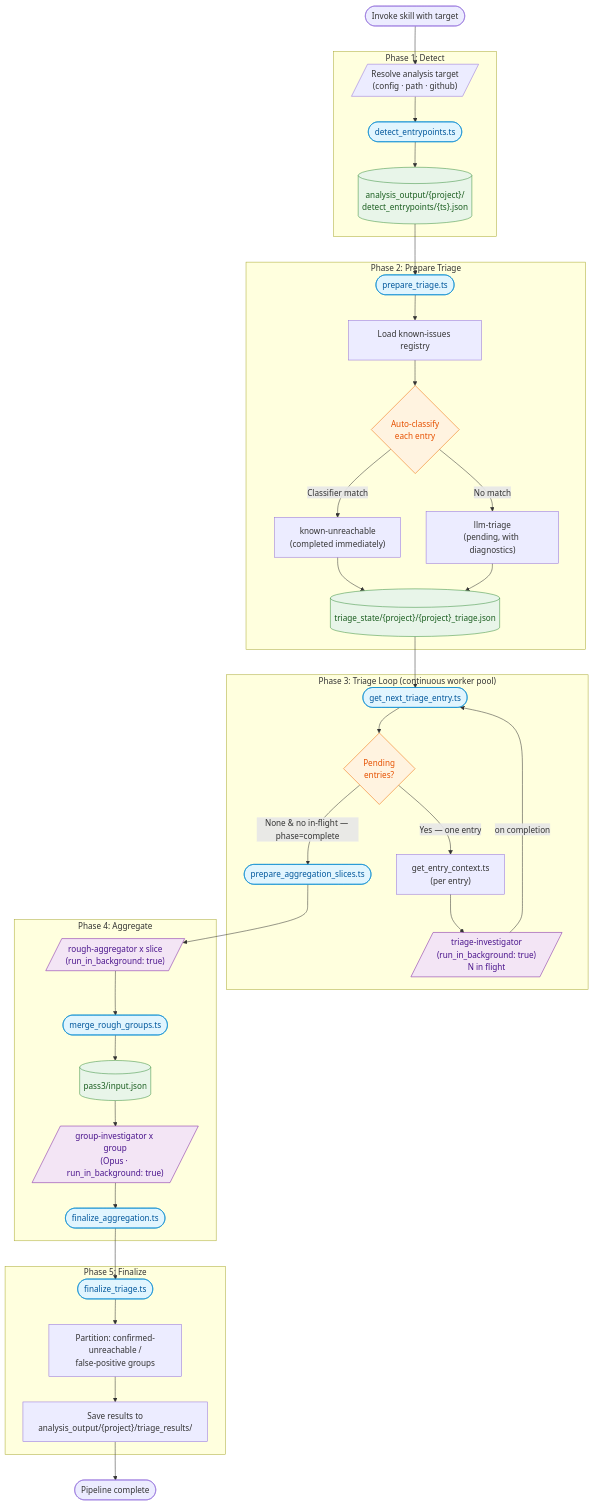
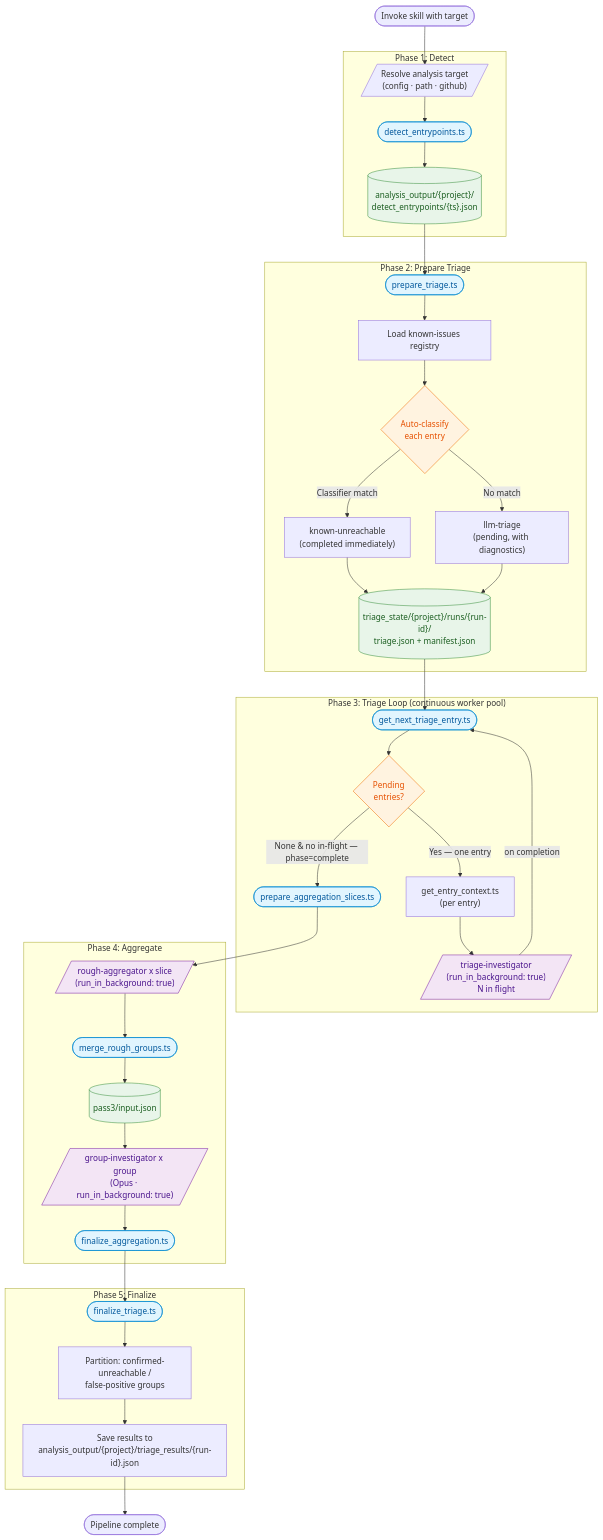
The diagram in .claude/skills/self-repair-pipeline/README.md (CRJFisher/ariadne), drawn with Mermaid before and after one commit. The commit also changed other lines of this file and 49 other files, not shown here.

````diff
--- a/.claude/skills/self-repair-pipeline/README.md
+++ b/.claude/skills/self-repair-pipeline/README.md
@@ -9,67 +11,67 @@
 ```mermaid
 flowchart TD
     START(["Invoke skill with target"]) --> RESOLVE
 
     %% ── Phase 1: Detect ─────────────────────────────────────
     subgraph P1["Phase 1: Detect"]
         RESOLVE[/"Resolve analysis target<br/>(config · path · github)"/]
         RESOLVE --> DETECT(["detect_entrypoints.ts"])
         DETECT --> ANALYSIS[("analysis_output/{project}/<br/>detect_entrypoints/{ts}.json")]
     end
 
     ANALYSIS --> PREPARE
 
     %% ── Phase 2: Prepare Triage ──────────────────────────────
     subgraph P2["Phase 2: Prepare Triage"]
         PREPARE(["prepare_triage.ts"]) --> LOAD_REG["Load known-issues registry"]
         LOAD_REG --> CLASSIFY{"Auto-classify<br/>each entry"}
         CLASSIFY -->|"Classifier match"| KNOWN_UR["known-unreachable<br/>(completed immediately)"]
         CLASSIFY -->|"No match"| LLM_TRIAGE["llm-triage<br/>(pending, with diagnostics)"]
         KNOWN_UR --> STATE
         LLM_TRIAGE --> STATE
-        STATE[("triage_state/{project}/{project}_triage.json")]
+        STATE[("triage_state/{project}/runs/{run-id}/<br/>triage.json + manifest.json")]
     end
 
     STATE --> LOOP_ENTRY
 
     %% ── Phase 3: Triage Loop ─────────────────────────────────
     subgraph P3["Phase 3: Triage Loop (continuous worker pool)"]
         LOOP_ENTRY(["get_next_triage_entry.ts"]) --> POOL_CHECK{"Pending<br/>entries?"}
         POOL_CHECK -->|"Yes — one entry"| CONTEXT["get_entry_context.ts<br/>(per entry)"]
         CONTEXT --> INVESTIGATORS[/"triage-investigator<br/>(run_in_background: true)<br/>N in flight"/]
         INVESTIGATORS -->|"on completion"| LOOP_ENTRY
         POOL_CHECK -->|"None &amp; no in-flight — phase=complete"| AGG_START
     end
 
     %% ── Phase 4: Aggregate ───────────────────────────────────
     subgraph P4["Phase 4: Aggregate"]
         AGG_START(["prepare_aggregation_slices.ts"])
         AGG_START --> ROUGH[/"rough-aggregator x slice<br/>(run_in_background: true)"/]
         ROUGH --> MERGE_ROUGH(["merge_rough_groups.ts"])
         MERGE_ROUGH --> PASS3_INPUT[("pass3/input.json")]
         PASS3_INPUT --> INVESTIGATORS2[/"group-investigator x group<br/>(Opus · run_in_background: true)"/]
         INVESTIGATORS2 --> FINALIZE_AGG(["finalize_aggregation.ts"])
     end
 
     FINALIZE_AGG --> FINALIZE
 
     %% ── Phase 5: Finalize ────────────────────────────────────
     subgraph P5["Phase 5: Finalize"]
         FINALIZE(["finalize_triage.ts"])
         FINALIZE --> PARTITION["Partition: confirmed-unreachable /<br/>false-positive groups"]
-        PARTITION --> SAVE["Save results to<br/>analysis_output/{project}/triage_results/"]
+        PARTITION --> SAVE["Save results to<br/>analysis_output/{project}/triage_results/{run-id}.json"]
     end
 
     SAVE --> DONE(["Pipeline complete"])
 
     %% ── Styling ──────────────────────────────────────────────
     classDef script fill:#e1f5fe,stroke:#0288d1,color:#01579b
     classDef agent fill:#f3e5f5,stroke:#7b1fa2,color:#4a148c
     classDef decision fill:#fff3e0,stroke:#ef6c00,color:#e65100
     classDef data fill:#e8f5e9,stroke:#388e3c,color:#1b5e20
 
     class DETECT,PREPARE,FINALIZE,LOOP_ENTRY,AGG_START,MERGE_ROUGH,FINALIZE_AGG script
     class INVESTIGATORS,INVESTIGATORS2,ROUGH agent
     class CLASSIFY,POOL_CHECK decision
     class ANALYSIS,STATE,PASS3_INPUT data
 ```
````
